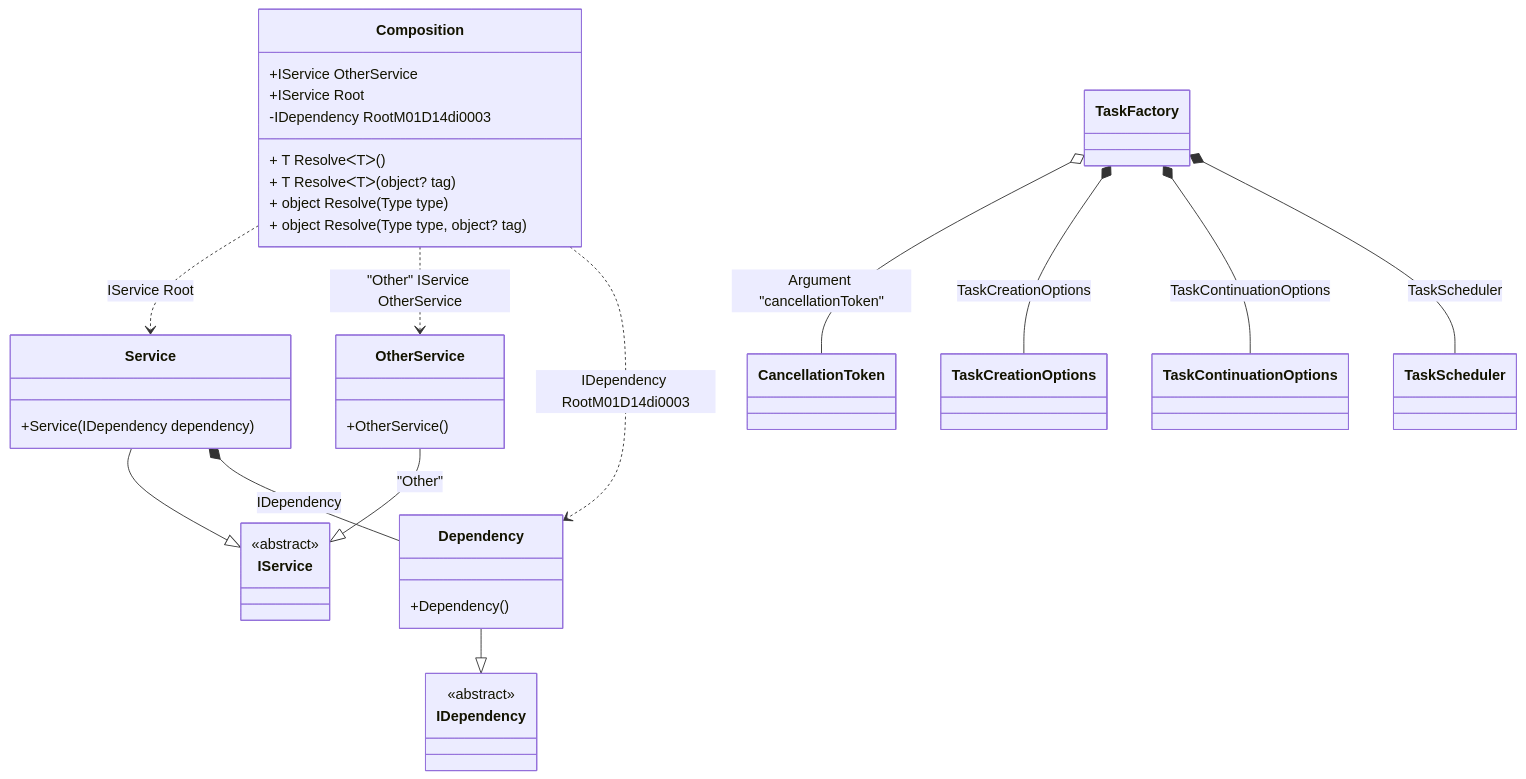
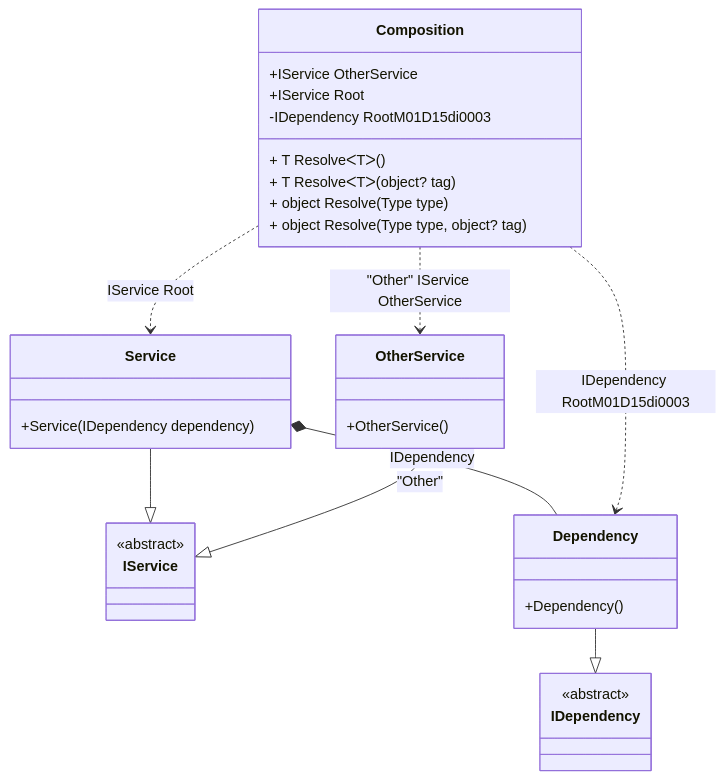
Before and after one commit to DevTeam/Pure.DI: the diagram in readme/composition-roots.md, drawn with Mermaid. The commit also changed other lines of this file and 66 other files, not shown here.

Commit message:
Minimizing the volume of the dependency graph

````diff
--- a/readme/composition-roots.md
+++ b/readme/composition-roots.md
@@ -43,43 +43,34 @@
 ```mermaid
 classDiagram
   class Composition {
     +IService OtherService
     +IService Root
-    -IDependency RootM01D14di0003
+    -IDependency RootM01D15di0003
     + T ResolveᐸTᐳ()
     + T ResolveᐸTᐳ(object? tag)
     + object Resolve(Type type)
     + object Resolve(Type type, object? tag)
   }
   Service --|> IService : 
   class Service {
     +Service(IDependency dependency)
   }
   OtherService --|> IService : "Other" 
   class OtherService {
     +OtherService()
   }
   Dependency --|> IDependency : 
   class Dependency {
     +Dependency()
   }
-  class TaskScheduler
-  class TaskCreationOptions
-  class TaskContinuationOptions
-  class TaskFactory
-  class CancellationToken
   class IService {
     <<abstract>>
   }
   class IDependency {
     <<abstract>>
   }
   Service *--  Dependency : IDependency
-  TaskFactory o-- CancellationToken : Argument "cancellationToken"
-  TaskFactory *--  TaskCreationOptions : TaskCreationOptions
-  TaskFactory *--  TaskContinuationOptions : TaskContinuationOptions
-  TaskFactory *--  TaskScheduler : TaskScheduler
   Composition ..> Service : IService Root
   Composition ..> OtherService : "Other" IService OtherService
-  Composition ..> Dependency : IDependency RootM01D14di0003
+  Composition ..> Dependency : IDependency RootM01D15di0003
 ```
````
